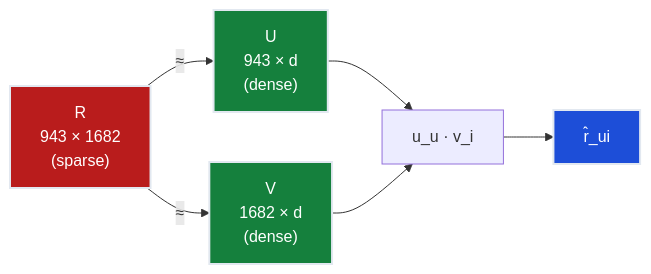
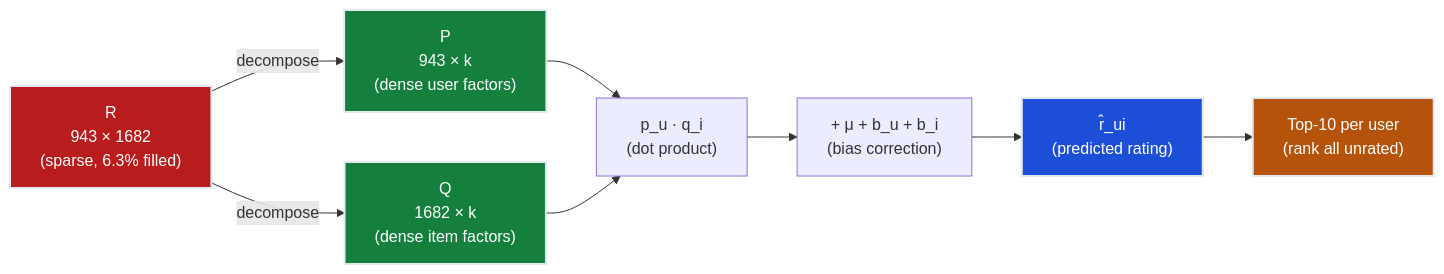
Before and after one commit to deepakshamsft/ai-portfolio: the second of 4 diagrams in notes/01-ml/04_recommender_systems/ch03_matrix_factorization/README.md, drawn with Mermaid. The commit also changed other lines of this file and 727 other files, not shown here.

````diff
--- a/notes/01-ml/04_recommender_systems/ch03_matrix_factorization/README.md
+++ b/notes/01-ml/04_recommender_systems/ch03_matrix_factorization/README.md
@@ -306,13 +473,16 @@
 ```mermaid
 flowchart LR
-    R["R<br/>943 × 1682<br/>(sparse)"] -->|"≈"| U["U<br/>943 × d<br/>(dense)"]
-    R -->|"≈"| V["V<br/>1682 × d<br/>(dense)"]
-    U --> DOT["u_u · v_i"]
-    V --> DOT
-    DOT --> PRED["r̂_ui"]
-    
+    R["R\n943 × 1682\n(sparse, 6.3% filled)"] -->|"decompose"| P["P\n943 × k\n(dense user factors)"]
+    R -->|"decompose"| Q["Q\n1682 × k\n(dense item factors)"]
+    P --> DOT["p_u · q_i\n(dot product)"]
+    Q --> DOT
+    DOT --> BIAS["+ μ + b_u + b_i\n(bias correction)"]
+    BIAS --> PRED["r̂_ui\n(predicted rating)"]
+    PRED --> TOP10["Top-10 per user\n(rank all unrated)"]
+
     style R fill:#b91c1c,stroke:#e2e8f0,stroke-width:2px,color:#ffffff
-    style U fill:#15803d,stroke:#e2e8f0,stroke-width:2px,color:#ffffff
-    style V fill:#15803d,stroke:#e2e8f0,stroke-width:2px,color:#ffffff
+    style P fill:#15803d,stroke:#e2e8f0,stroke-width:2px,color:#ffffff
+    style Q fill:#15803d,stroke:#e2e8f0,stroke-width:2px,color:#ffffff
     style PRED fill:#1d4ed8,stroke:#e2e8f0,stroke-width:2px,color:#ffffff
+    style TOP10 fill:#b45309,stroke:#e2e8f0,stroke-width:2px,color:#ffffff
 ```
````
